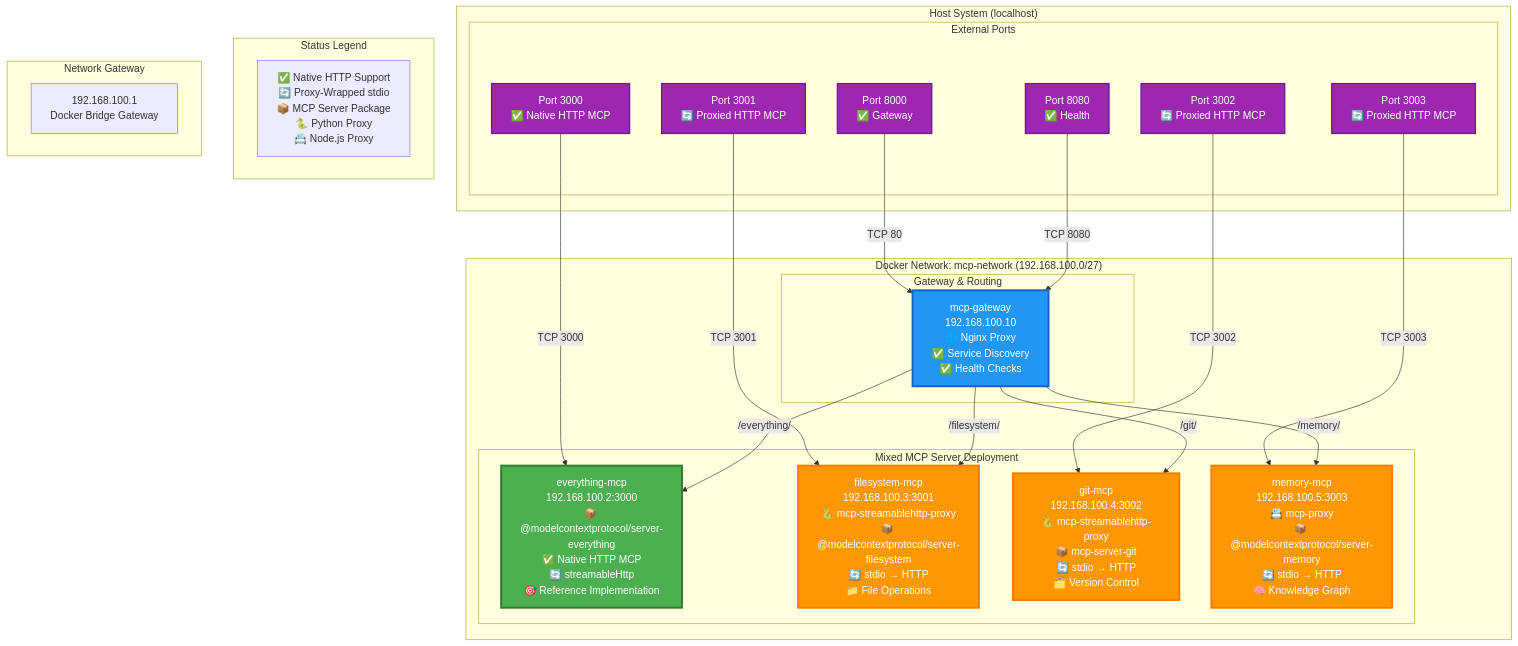
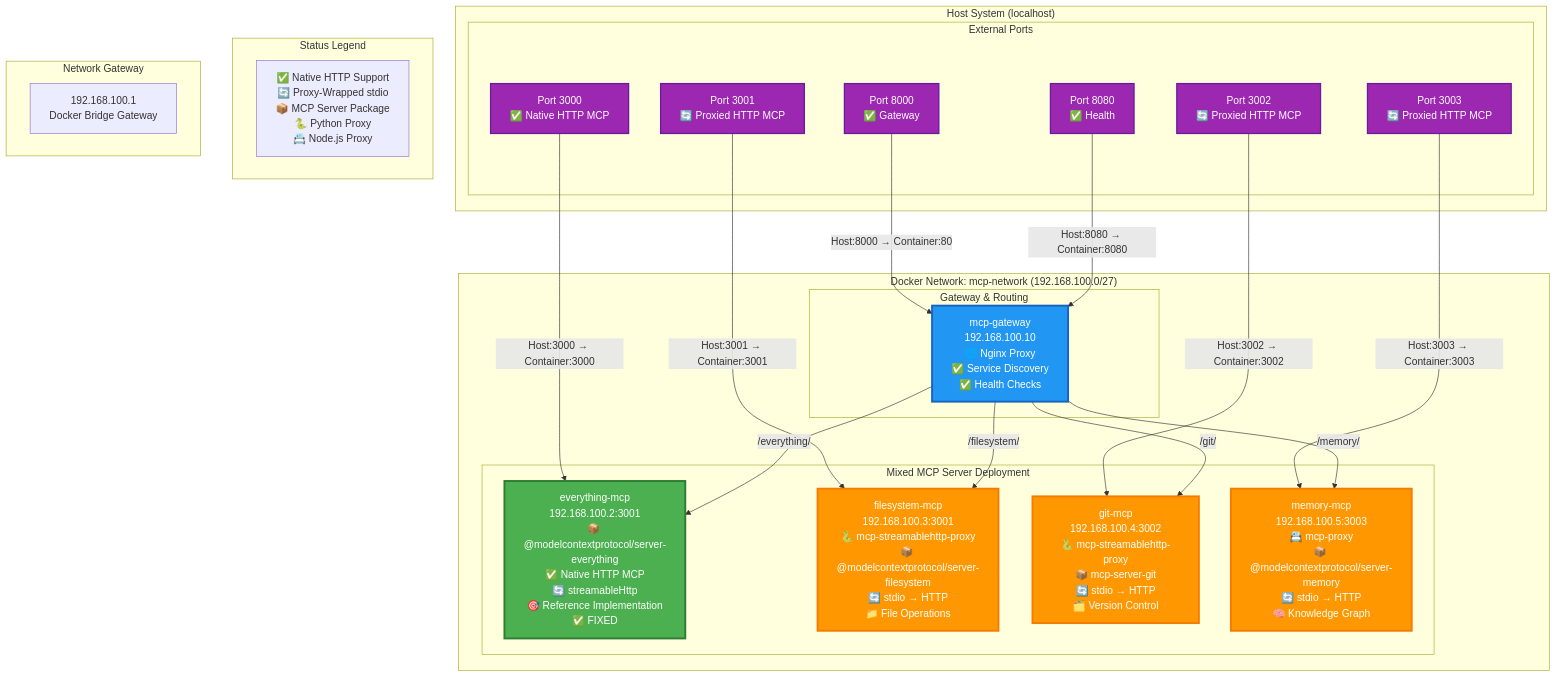
Before and after one commit to osok/hawkeye-test-net: the diagram in docs/server-inventory.md, drawn with Mermaid. The commit also changed other lines of this file and 3 other files, not shown here.

````diff
--- a/docs/server-inventory.md
+++ b/docs/server-inventory.md
@@ -15,60 +15,60 @@
 ```mermaid
 graph TB
     subgraph "Host System (localhost)"
         subgraph "External Ports"
             P3000["Port 3000<br/>✅ Native HTTP MCP"]
             P3001["Port 3001<br/>🔄 Proxied HTTP MCP"]
             P3002["Port 3002<br/>🔄 Proxied HTTP MCP"]
             P3003["Port 3003<br/>🔄 Proxied HTTP MCP"]
             P8000["Port 8000<br/>✅ Gateway"]
             P8080["Port 8080<br/>✅ Health"]
         end
     end
 
     subgraph "Docker Network: mcp-network (192.168.100.0/27)"
         subgraph "Mixed MCP Server Deployment"
-            E["everything-mcp<br/>192.168.100.2:3000<br/>📦 @modelcontextprotocol/server-everything<br/>✅ Native HTTP MCP<br/>🔄 streamableHttp<br/>🎯 Reference Implementation"]
+            E["everything-mcp<br/>192.168.100.2:3001<br/>📦 @modelcontextprotocol/server-everything<br/>✅ Native HTTP MCP<br/>🔄 streamableHttp<br/>🎯 Reference Implementation<br/>✅ FIXED"]
             F["filesystem-mcp<br/>192.168.100.3:3001<br/>🐍 mcp-streamablehttp-proxy<br/>📦 @modelcontextprotocol/server-filesystem<br/>🔄 stdio → HTTP<br/>📁 File Operations"]
             G["git-mcp<br/>192.168.100.4:3002<br/>🐍 mcp-streamablehttp-proxy<br/>📦 mcp-server-git<br/>🔄 stdio → HTTP<br/>🗂️ Version Control"]
             M["memory-mcp<br/>192.168.100.5:3003<br/>📇 mcp-proxy<br/>📦 @modelcontextprotocol/server-memory<br/>🔄 stdio → HTTP<br/>🧠 Knowledge Graph"]
         end
         
         subgraph "Gateway & Routing"
             GW["mcp-gateway<br/>192.168.100.10<br/>🌐 Nginx Proxy<br/>✅ Service Discovery<br/>✅ Health Checks"]
         end
     end
 
     subgraph "Status Legend"
         LEGEND["✅ Native HTTP Support<br/>🔄 Proxy-Wrapped stdio<br/>📦 MCP Server Package<br/>🐍 Python Proxy<br/>📇 Node.js Proxy"]
     end
 
     %% Port Mappings
-    P3000 -->|"TCP 3000"| E
-    P3001 -->|"TCP 3001"| F
-    P3002 -->|"TCP 3002"| G
-    P3003 -->|"TCP 3003"| M
-    P8000 -->|"TCP 80"| GW
-    P8080 -->|"TCP 8080"| GW
+    P3000 -->|"Host:3000 → Container:3000"| E
+    P3001 -->|"Host:3001 → Container:3001"| F
+    P3002 -->|"Host:3002 → Container:3002"| G
+    P3003 -->|"Host:3003 → Container:3003"| M
+    P8000 -->|"Host:8000 → Container:80"| GW
+    P8080 -->|"Host:8080 → Container:8080"| GW
 
     %% Gateway Routing
     GW -->|"/everything/"| E
     GW -->|"/filesystem/"| F
     GW -->|"/git/"| G
     GW -->|"/memory/"| M
 
     %% Network Gateway
     subgraph "Network Gateway"
         NGW["192.168.100.1<br/>Docker Bridge Gateway"]
     end
 
     %% Styling
     classDef native fill:#4CAF50,stroke:#2E7D32,stroke-width:3px,color:#fff
     classDef proxied fill:#FF9800,stroke:#F57C00,stroke-width:3px,color:#fff
     classDef gateway fill:#2196F3,stroke:#1565C0,stroke-width:3px,color:#fff
     classDef port fill:#9C27B0,stroke:#6A1B9A,stroke-width:2px,color:#fff
 
     class E native
     class F,G,M proxied
     class GW gateway
     class P3000,P3001,P3002,P3003,P8000,P8080 port
 ```
````
